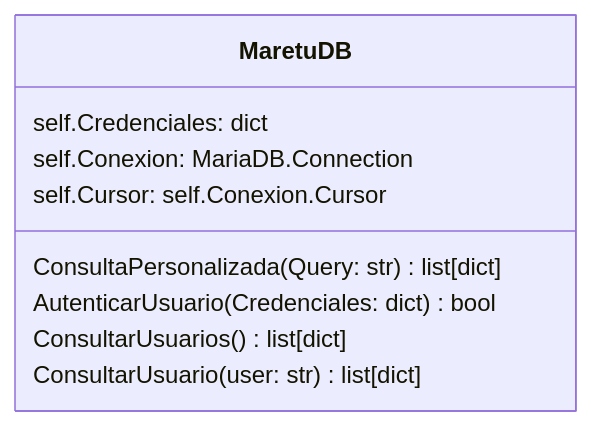
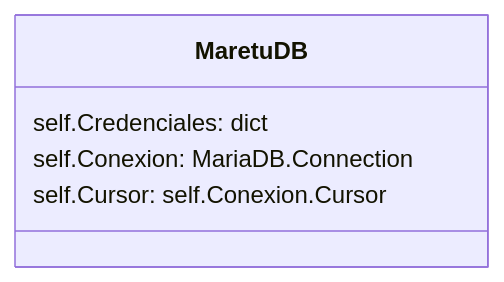
One commit to Skell-s-Software/Maretu changed the first of 3 diagrams in Maretu Server/modules/docs/MaretuDB.md. Above: the diagram before and after it, drawn with Mermaid. The commit also changed other lines of this file and 2 other files, not shown here.

````diff
--- a/Maretu Server/modules/docs/MaretuDB.md
+++ b/Maretu Server/modules/docs/MaretuDB.md
@@ -8,13 +14,9 @@
 ```mermaid
 classDiagram
 direction TB
     class MaretuDB {
       self.Credenciales: dict
       self.Conexion: MariaDB.Connection
       self.Cursor: self.Conexion.Cursor
-      ConsultaPersonalizada(Query: str) list[dict]
-      AutenticarUsuario(Credenciales: dict) bool
-      ConsultarUsuarios() list[dict]
-      ConsultarUsuario(user: str) list[dict]
     }
 ```
````
